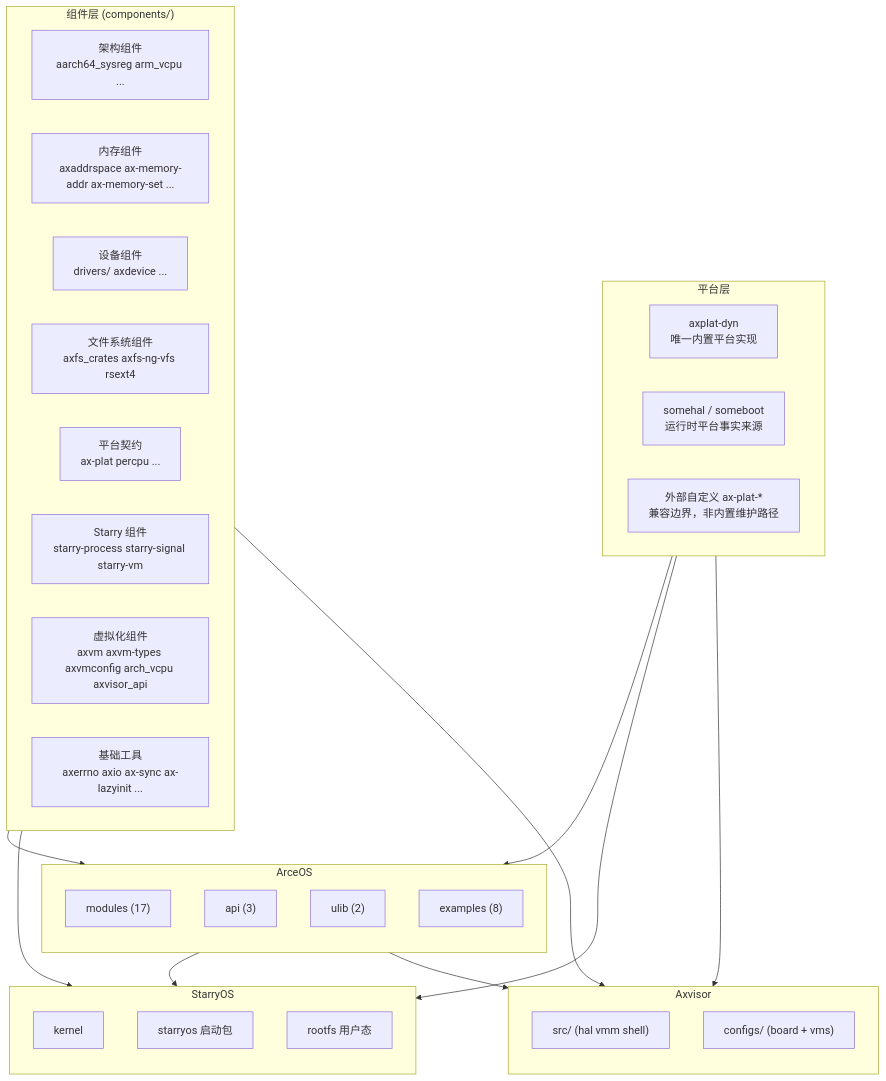
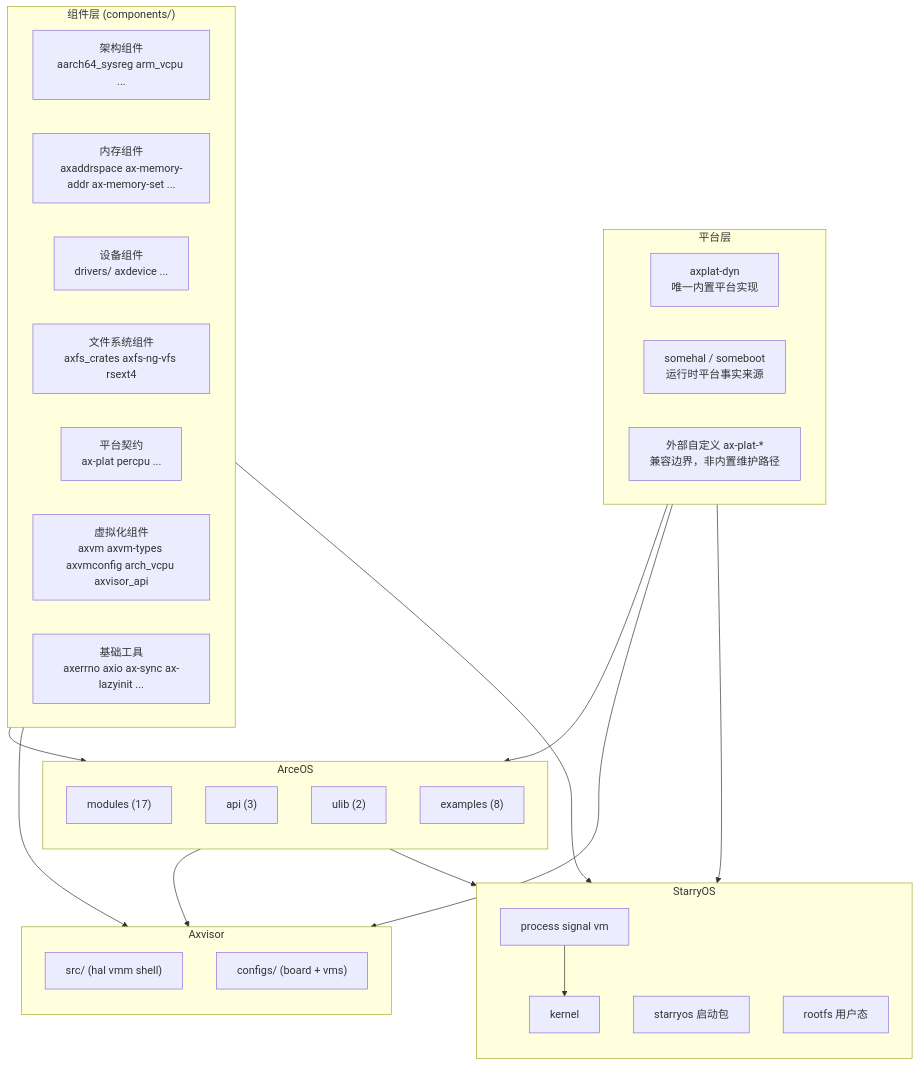
One commit to 451846939/tgoskits changed the first of 2 diagrams in docs/docs/architecture/overview.md. Above: the diagram before and after it, drawn with Mermaid. The commit also changed other lines of this file and 62 other files, not shown here.

Commit message:
refactor(repo): move starry-process, starry-signal, and starry-vm to os/StarryOS (#1974)

````diff
--- a/docs/docs/architecture/overview.md
+++ b/docs/docs/architecture/overview.md
@@ -10,51 +10,52 @@
 ```mermaid
 flowchart TD
     subgraph Components["组件层 (components/)"]
         direction LR
         C1["架构组件<br/>aarch64_sysreg arm_vcpu ..."]
         C2["内存组件<br/>axaddrspace ax-memory-addr ax-memory-set ..."]
         C3["设备组件<br/>drivers/ axdevice ..."]
         C4["文件系统组件<br/>axfs_crates axfs-ng-vfs rsext4"]
         C5["平台契约<br/>ax-plat percpu ..."]
-        C6["Starry 组件<br/>starry-process starry-signal starry-vm"]
-        C7["虚拟化组件<br/>axvm axvm-types axvmconfig arch_vcpu axvisor_api"]
-        C8["基础工具<br/>axerrno axio ax-sync ax-lazyinit ..."]
+        C6["虚拟化组件<br/>axvm axvm-types axvmconfig arch_vcpu axvisor_api"]
+        C7["基础工具<br/>axerrno axio ax-sync ax-lazyinit ..."]
     end
 
     subgraph ArceOS["ArceOS"]
         direction TB
         AM["modules (17)"]
         AA["api (3)"]
         AU["ulib (2)"]
         AX["examples (8)"]
     end
 
     subgraph StarryOS["StarryOS"]
         direction TB
+        SC["process signal vm"]
         SK["kernel"]
         SP["starryos 启动包"]
         SR["rootfs 用户态"]
     end
 
     subgraph Axvisor["Axvisor"]
         direction TB
         AV["src/ (hal vmm shell)"]
         AC["configs/ (board + vms)"]
     end
 
     subgraph Platform["平台层"]
         direction LR
         P1["axplat-dyn<br/>唯一内置平台实现"]
         P2["somehal / someboot<br/>运行时平台事实来源"]
         P3["外部自定义 ax-plat-*<br/>兼容边界，非内置维护路径"]
     end
 
     Components --> ArceOS
-    Components --> StarryOS
+    Components --> SC
+    SC --> SK
     Components --> Axvisor
     ArceOS --> StarryOS
     ArceOS --> Axvisor
     Platform --> ArceOS
     Platform --> StarryOS
     Platform --> Axvisor
 ```
````
